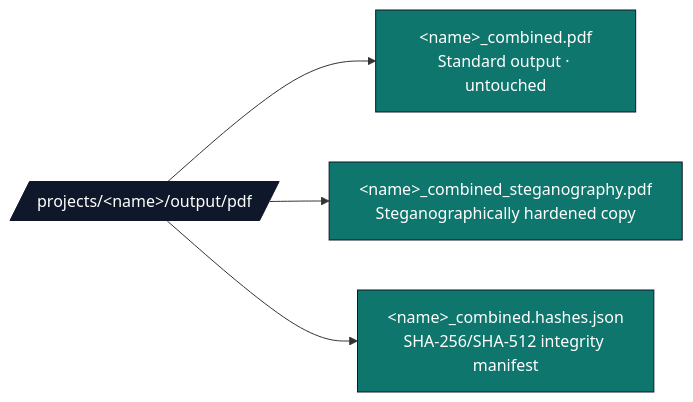
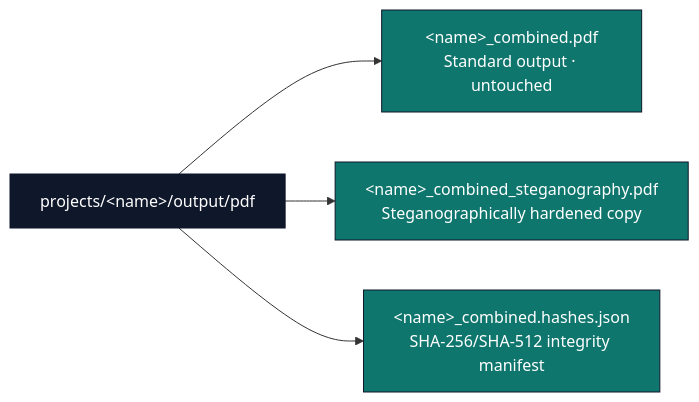
Before and after one commit to docxology/template: the third of 4 diagrams in AGENTS.md, drawn with Mermaid. The commit also changed other lines of this file and 94 other files, not shown here.

````diff
--- a/AGENTS.md
+++ b/AGENTS.md
@@ -546,12 +546,12 @@
 ```mermaid
 flowchart LR
-    PDF[/projects/&lt;name&gt;/output/pdf/]
+    PDF[projects/&lt;name&gt;/output/pdf]
     PDF --> A[&lt;name&gt;_combined.pdf<br/>Standard output · untouched]
     PDF --> B[&lt;name&gt;_combined_steganography.pdf<br/>Steganographically hardened copy]
     PDF --> C[&lt;name&gt;_combined.hashes.json<br/>SHA-256/SHA-512 integrity manifest]
 
     classDef d fill:#0f172a,stroke:#0f172a,color:#fff
     classDef f fill:#0f766e,stroke:#0f172a,color:#fff
     class PDF d
     class A,B,C f
 ```
````
